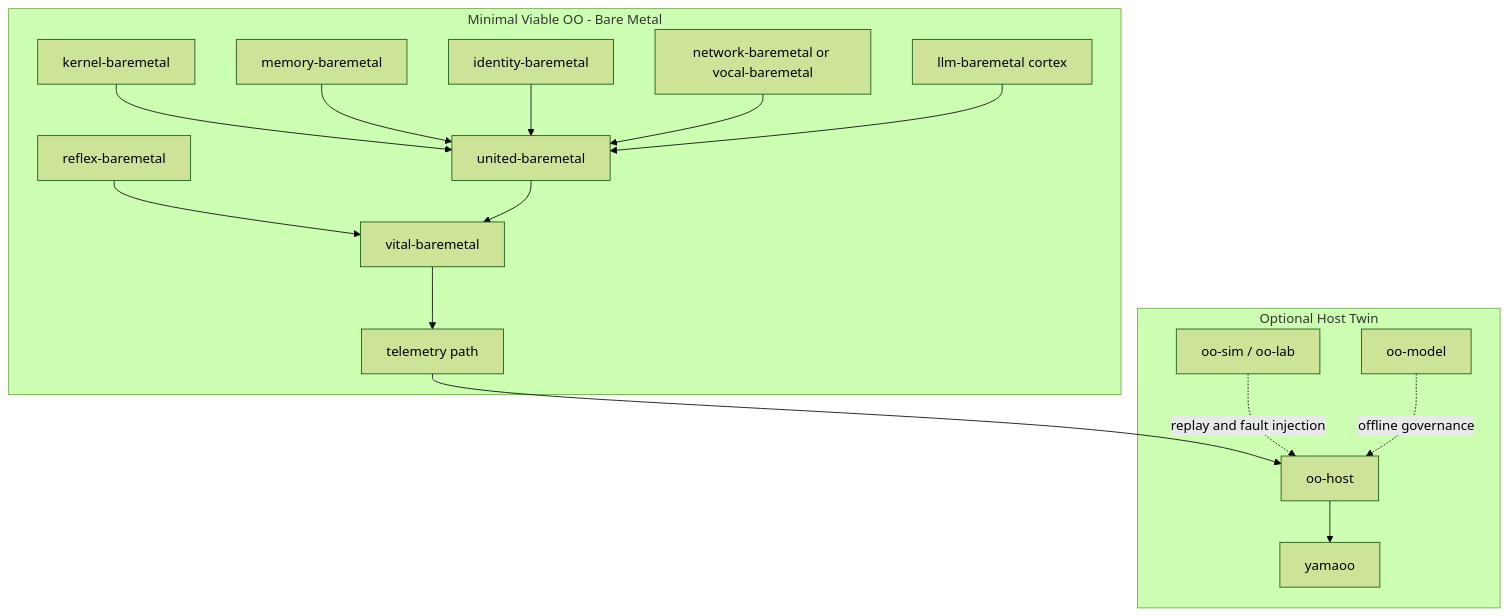
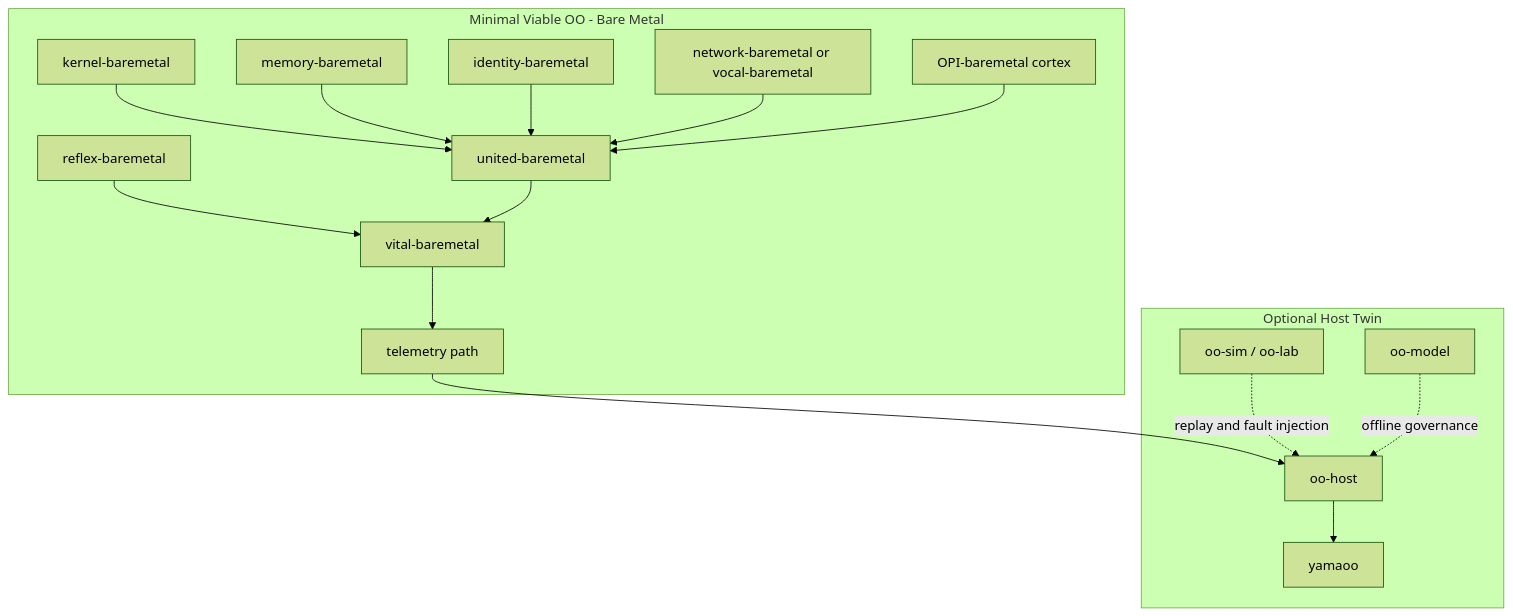
The diagram in docs/ARCHITECTURE.md (DjibyDiop/Operating-Organism), drawn with Mermaid (forest theme) before and after one commit. The commit also changed other lines of this file and 20 other files, not shown here.

````diff
--- a/docs/ARCHITECTURE.md
+++ b/docs/ARCHITECTURE.md
@@ -20,25 +20,25 @@
 ```mermaid
 graph TD
   subgraph Core[Minimal Viable OO - Bare Metal]
     K[kernel-baremetal] --> BUS[united-baremetal]
     MEM[memory-baremetal] --> BUS
     REF[reflex-baremetal] --> VITAL[vital-baremetal]
     ID[identity-baremetal] --> BUS
     NET[network-baremetal or vocal-baremetal] --> BUS
-    CTX[llm-baremetal cortex] --> BUS
+    CTX[OPI-baremetal cortex] --> BUS
     BUS --> VITAL
     VITAL --> TEL[telemetry path]
   end
 
   subgraph Host[Optional Host Twin]
     HOST[oo-host]
     UI[yamaoo]
     SIM[oo-sim / oo-lab]
     MODEL[oo-model]
   end
 
   TEL --> HOST
   HOST --> UI
   SIM -.replay and fault injection.-> HOST
   MODEL -.offline governance.-> HOST
 ```
````
